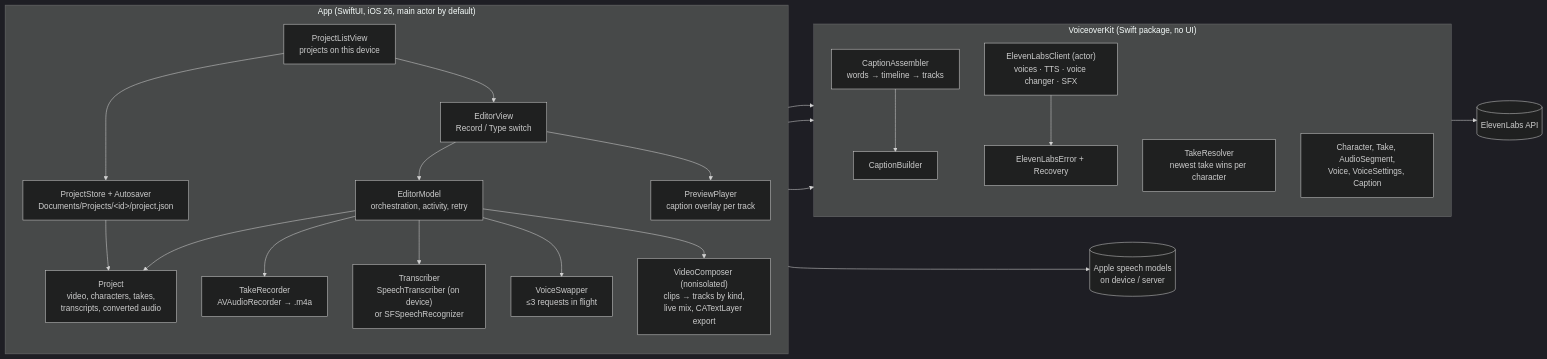
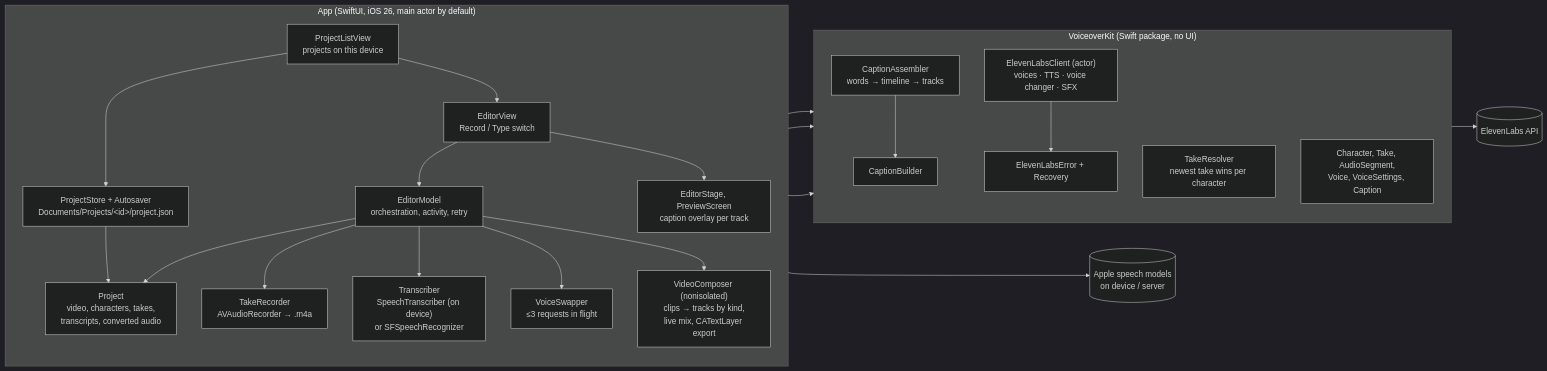
The first of 5 diagrams in README.md (yvelkoa/VoiceoverStudio), drawn with Mermaid (dark theme) before and after one commit. The commit also changed 84 other files, not shown here.

````diff
--- a/README.md
+++ b/README.md
@@ -26,43 +26,43 @@
 ```mermaid
 flowchart LR
     subgraph App["App (SwiftUI, iOS 26, main actor by default)"]
         direction TB
         ProjectList["ProjectListView<br/>projects on this device"]
         Store["ProjectStore + Autosaver<br/>Documents/Projects/&lt;id&gt;/project.json"]
         EditorView["EditorView<br/>Record / Type switch"]
         EditorModel["EditorModel<br/>orchestration, activity, retry"]
         Project["Project<br/>video, characters, takes,<br/>transcripts, converted audio"]
         Recorder["TakeRecorder<br/>AVAudioRecorder → .m4a"]
         Transcriber["Transcriber<br/>SpeechTranscriber (on device)<br/>or SFSpeechRecognizer"]
         Swapper["VoiceSwapper<br/>≤3 requests in flight"]
         Composer["VideoComposer (nonisolated)<br/>clips → tracks by kind,<br/>live mix, CATextLayer export"]
-        Preview["PreviewPlayer<br/>caption overlay per track"]
+        Preview["EditorStage, PreviewScreen<br/>caption overlay per track"]
     end
 
     subgraph Kit["VoiceoverKit (Swift package, no UI)"]
         direction TB
         Client["ElevenLabsClient (actor)<br/>voices · TTS · voice changer · SFX"]
         Resolver["TakeResolver<br/>newest take wins per character"]
         Assembler["CaptionAssembler<br/>words → timeline → tracks"]
         Captions["CaptionBuilder"]
         Errors["ElevenLabsError + Recovery"]
         Models["Character, Take, AudioSegment,<br/>Voice, VoiceSettings, Caption"]
     end
 
     EL[("ElevenLabs API")]
     Apple[("Apple speech models<br/>on device / server")]
 
     ProjectList --> Store
     ProjectList --> EditorView
     Store --> Project
     EditorView --> EditorModel
     EditorView --> Preview
     EditorModel --> Project
     EditorModel --> Recorder
     EditorModel --> Transcriber --> Apple
     EditorModel --> Swapper --> Client --> EL
     EditorModel --> Composer
     Project --> Resolver
     EditorModel --> Assembler --> Captions
     Client --> Errors
 ```
````
